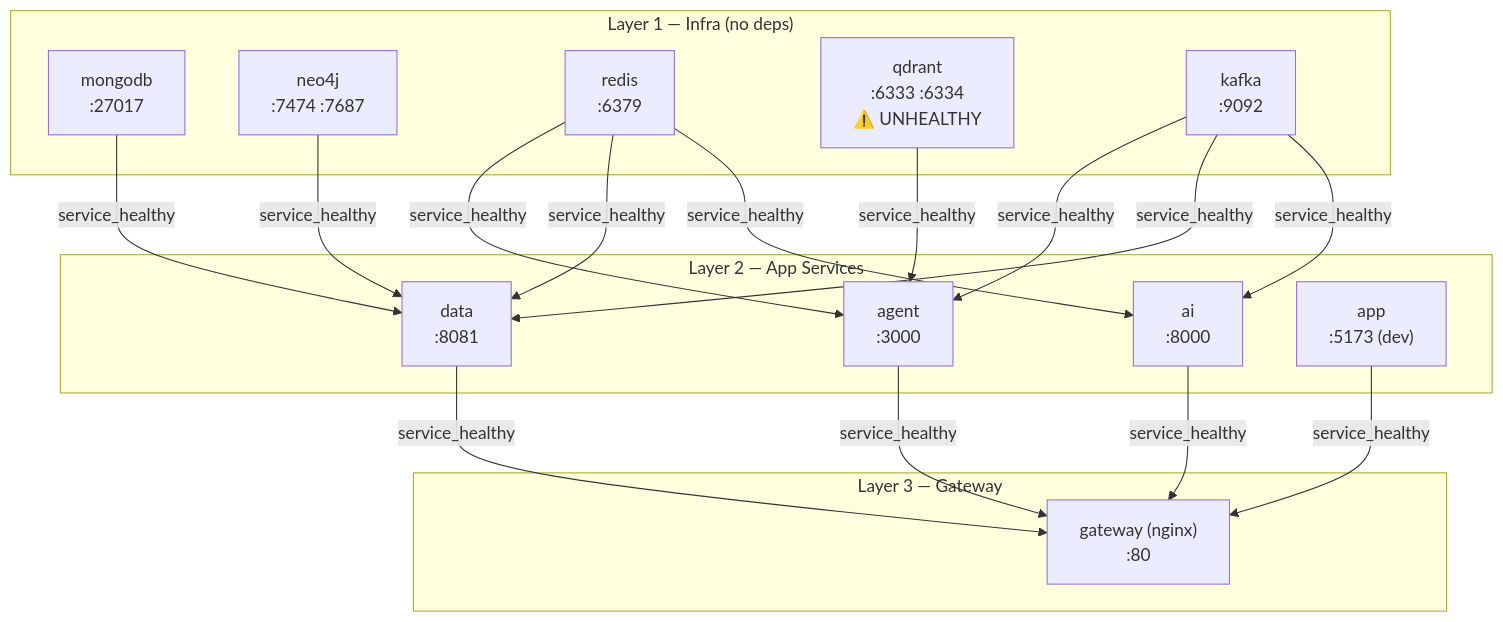
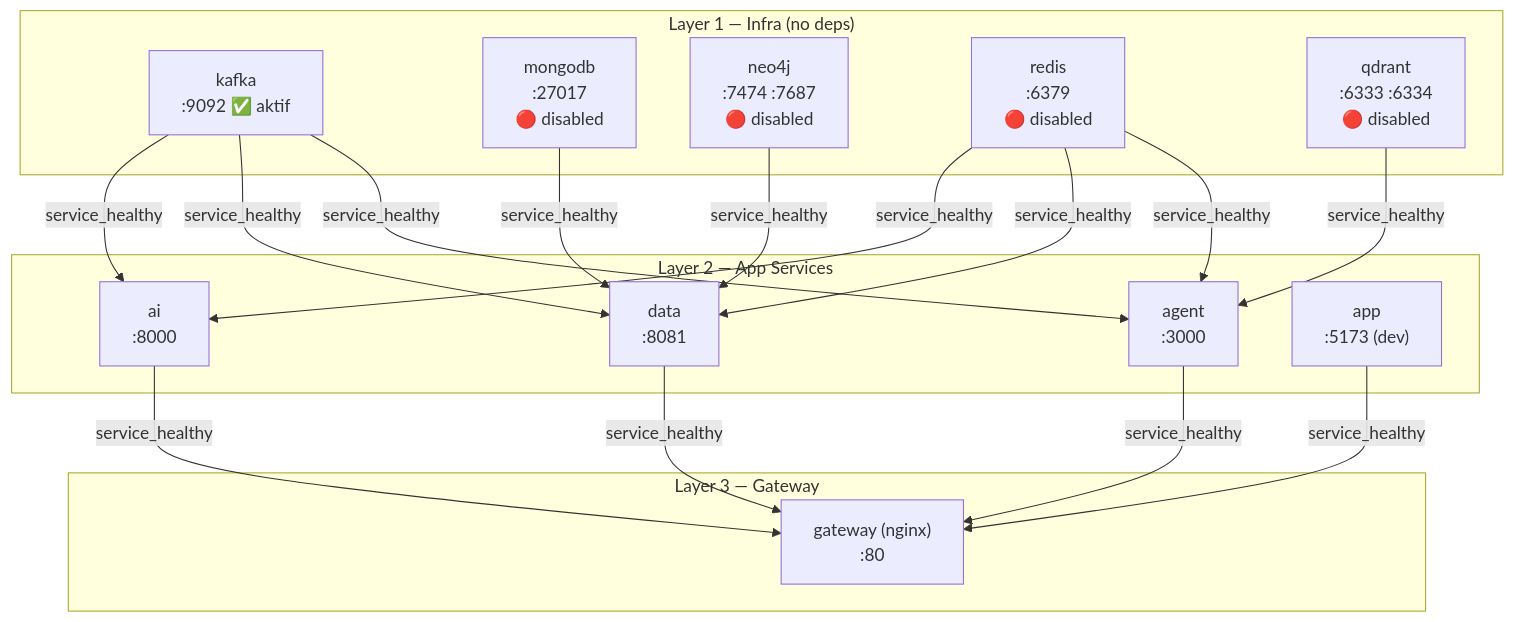
The diagram in docs/runbooks/docker-infrastructure-audit.md (misbahul45/SLAra), drawn with Mermaid before and after one commit. The commit also changed other lines of this file and 16 other files, not shown here.

````diff
--- a/docs/runbooks/docker-infrastructure-audit.md
+++ b/docs/runbooks/docker-infrastructure-audit.md
@@ -218,38 +231,38 @@
 ```mermaid
 flowchart TD
   subgraph "Layer 1 — Infra (no deps)"
-    mongodb["mongodb\n:27017"]
-    neo4j["neo4j\n:7474 :7687"]
-    redis["redis\n:6379"]
-    qdrant["qdrant\n:6333 :6334\n⚠️ UNHEALTHY"]
-    kafka["kafka\n:9092"]
+    kafka["kafka\n:9092 ✅ aktif"]
+    mongodb["mongodb\n:27017\n🔴 disabled"]
+    neo4j["neo4j\n:7474 :7687\n🔴 disabled"]
+    redis["redis\n:6379\n🔴 disabled"]
+    qdrant["qdrant\n:6333 :6334\n🔴 disabled"]
   end
 
   subgraph "Layer 2 — App Services"
     agent["agent\n:3000"]
     data["data\n:8081"]
     ai["ai\n:8000"]
     app["app\n:5173 (dev)"]
   end
 
   subgraph "Layer 3 — Gateway"
     gateway["gateway (nginx)\n:80"]
   end
 
   qdrant -->|service_healthy| agent
   redis -->|service_healthy| agent
   kafka -->|service_healthy| agent
 
   mongodb -->|service_healthy| data
   neo4j -->|service_healthy| data
   redis -->|service_healthy| data
   kafka -->|service_healthy| data
 
   kafka -->|service_healthy| ai
   redis -->|service_healthy| ai
 
   agent -->|service_healthy| gateway
   data -->|service_healthy| gateway
   ai -->|service_healthy| gateway
   app -->|service_healthy| gateway
 ```
````
